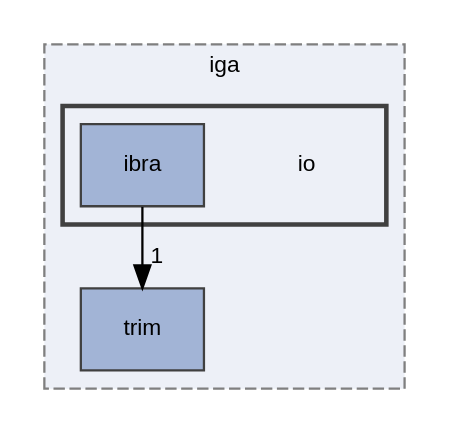
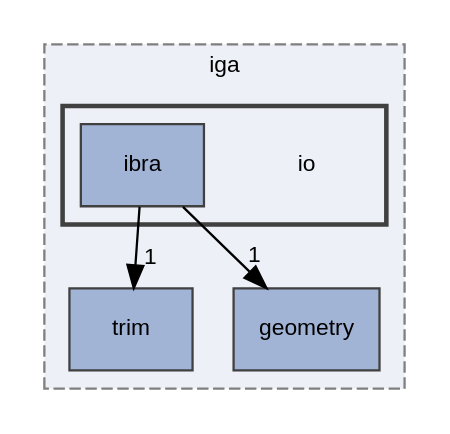
The diagram in dir_c3ccff8517fbe337b2b8ad503c3a1590_dep.dot (rath3t/dune-iga-doc), drawn with Graphviz before and after one commit. The commit also changed 1110 other files, not shown here.

```diff
--- a/dir_c3ccff8517fbe337b2b8ad503c3a1590_dep.dot
+++ b/dir_c3ccff8517fbe337b2b8ad503c3a1590_dep.dot
@@ -1,17 +1,19 @@
 digraph "io"
 {
  // LATEX_PDF_SIZE
   edge [fontname="Helvetica",fontsize="10",labelfontname="Helvetica",labelfontsize="10"];
   node [fontname="Helvetica",fontsize="10",shape=record];
   compound=true
   subgraph clusterdir_d2a3c23294a1b1015b1b8e8721ddded8 {
     graph [ bgcolor="#edf0f7", pencolor="grey50", style="filled,dashed,", label="iga", fontname="Helvetica", fontsize="10", URL="dir_d2a3c23294a1b1015b1b8e8721ddded8.html"]
   dir_3a8a27db37838cd238997301ec88b300 [shape=box, label="trim", style="filled,", fillcolor="#a2b4d6", color="grey25", URL="dir_3a8a27db37838cd238997301ec88b300.html"];
+  dir_b534248905b8119b36a62f0ff7e8fe43 [shape=box, label="geometry", style="filled,", fillcolor="#a2b4d6", color="grey25", URL="dir_b534248905b8119b36a62f0ff7e8fe43.html"];
   subgraph clusterdir_c3ccff8517fbe337b2b8ad503c3a1590 {
     graph [ bgcolor="#edf0f7", pencolor="grey25", style="filled,bold,", label="", fontname="Helvetica", fontsize="10", URL="dir_c3ccff8517fbe337b2b8ad503c3a1590.html"]
     dir_c3ccff8517fbe337b2b8ad503c3a1590 [shape=plaintext, label="io"];
   dir_440ded016e37adf92567ec9f8d67bf61 [shape=box, label="ibra", style="filled,", fillcolor="#a2b4d6", color="grey25", URL="dir_440ded016e37adf92567ec9f8d67bf61.html"];
   }
   }
-  dir_440ded016e37adf92567ec9f8d67bf61->dir_3a8a27db37838cd238997301ec88b300 [headlabel="1", labeldistance=1.5 headhref="dir_000005_000011.html"];
+  dir_440ded016e37adf92567ec9f8d67bf61->dir_3a8a27db37838cd238997301ec88b300 [headlabel="1", labeldistance=1.5 headhref="dir_000004_000009.html"];
+  dir_440ded016e37adf92567ec9f8d67bf61->dir_b534248905b8119b36a62f0ff7e8fe43 [headlabel="1", labeldistance=1.5 headhref="dir_000004_000003.html"];
 }
```
